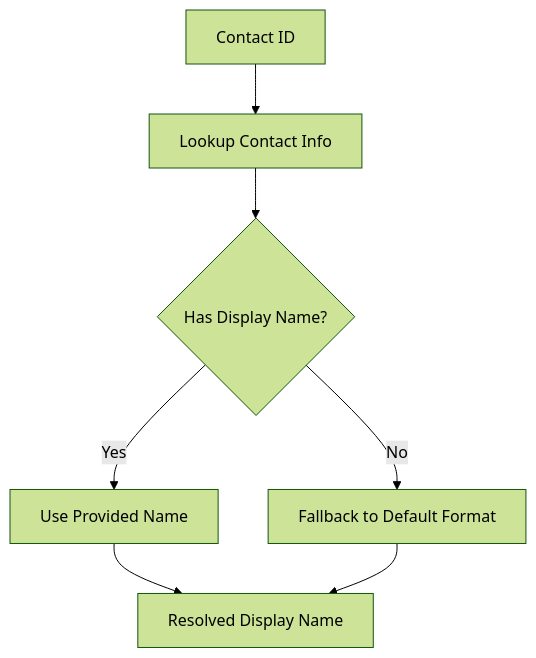
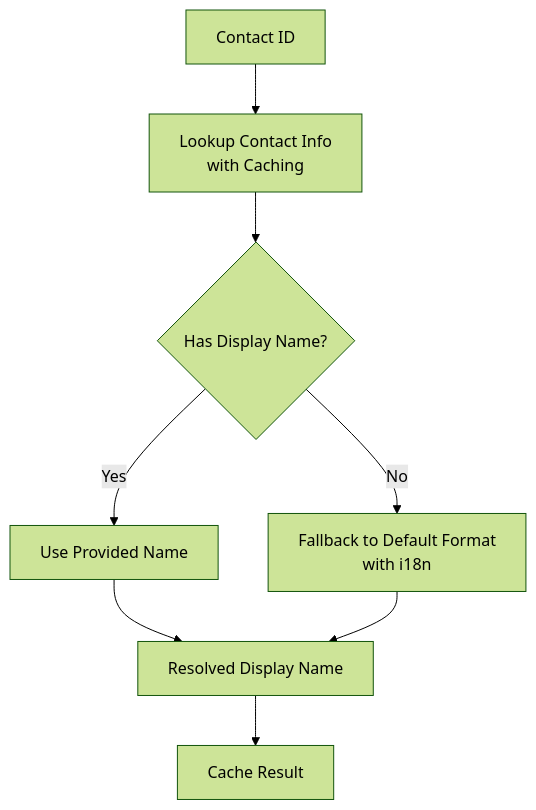
Before and after one commit to zuohaisu/wecom-archive: diagram 13 of 15 in .qoder/repowiki/en/content/Web Application/Client-Side Architecture.md, drawn with Mermaid (forest theme). The commit also changed other lines of this file and 95 other files, not shown here.

````diff
--- a/.qoder/repowiki/en/content/Web Application/Client-Side Architecture.md
+++ b/.qoder/repowiki/en/content/Web Application/Client-Side Architecture.md
@@ -531,9 +617,10 @@
 ```mermaid
 flowchart TD
-Input["Contact ID"] --> Lookup["Lookup Contact Info"]
+Input["Contact ID"] --> Lookup["Lookup Contact Info<br/>with Caching"]
 Lookup --> HasName{"Has Display Name?"}
 HasName --> |Yes| UseName["Use Provided Name"]
-HasName --> |No| Fallback["Fallback to Default Format"]
+HasName --> |No| Fallback["Fallback to Default Format<br/>with i18n"]
 UseName --> Output["Resolved Display Name"]
 Fallback --> Output
+Output --> Cache["Cache Result"]
 ```
````
